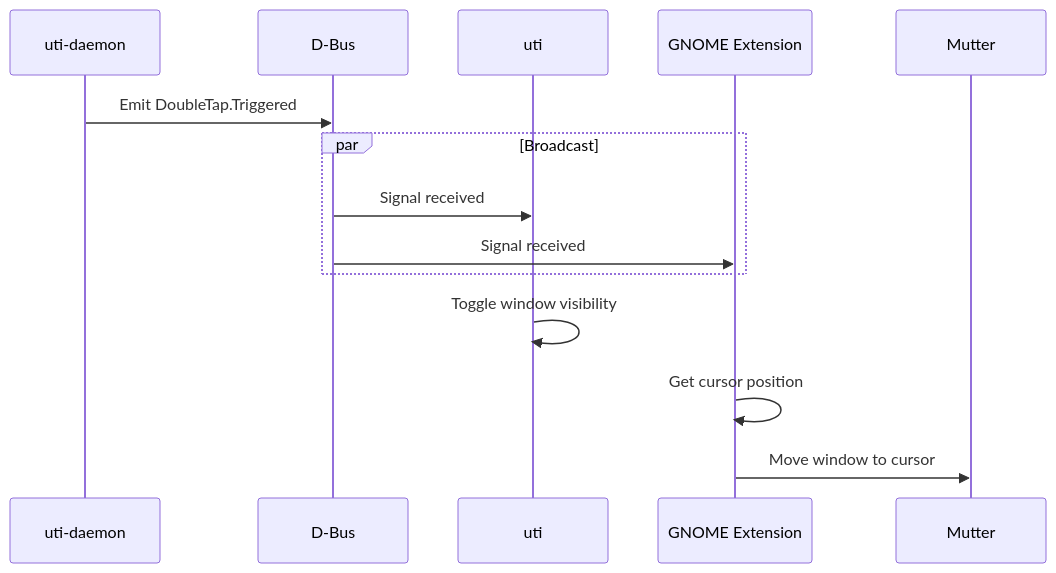
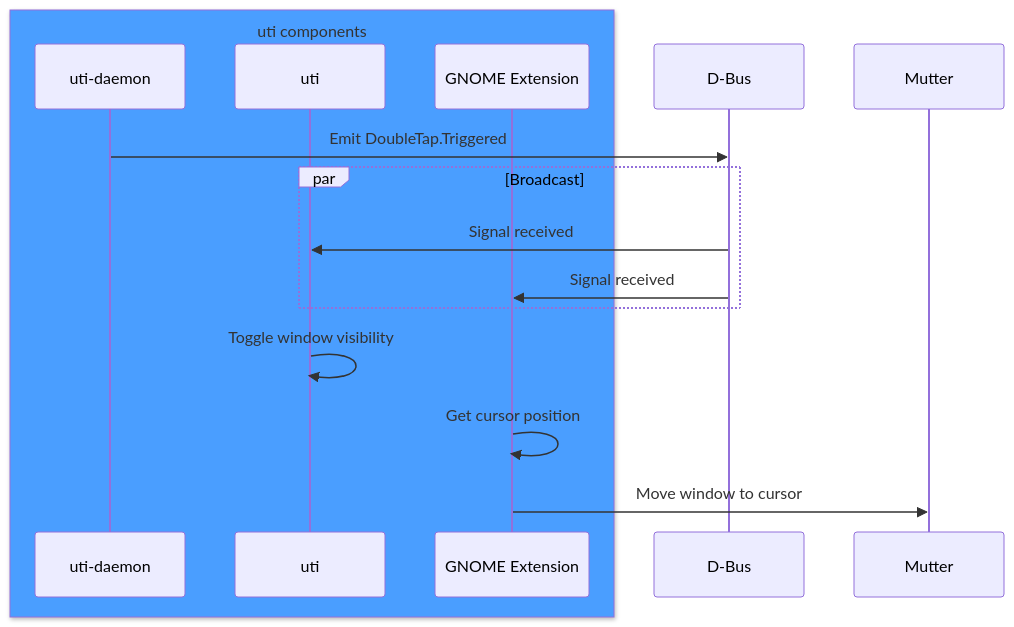
The second of 4 diagrams in docs/ARCHITECTURE.md (noppomario/uti), drawn with Mermaid before and after one commit. The commit also changed other lines of this file and 8 other files, not shown here.

````diff
--- a/docs/ARCHITECTURE.md
+++ b/docs/ARCHITECTURE.md
@@ -95,17 +98,19 @@
 ```mermaid
 sequenceDiagram
-    participant Daemon as uti-daemon
+    box rgb(74, 158, 255) uti components
+        participant Daemon as uti-daemon
+        participant App as uti
+        participant Ext as GNOME Extension
+    end
     participant DBus as D-Bus
-    participant App as uti
-    participant Ext as GNOME Extension
     participant Mutter
 
     Daemon->>DBus: Emit DoubleTap.Triggered
     par Broadcast
         DBus->>App: Signal received
         DBus->>Ext: Signal received
     end
     App->>App: Toggle window visibility
     Ext->>Ext: Get cursor position
     Ext->>Mutter: Move window to cursor
 ```
````
